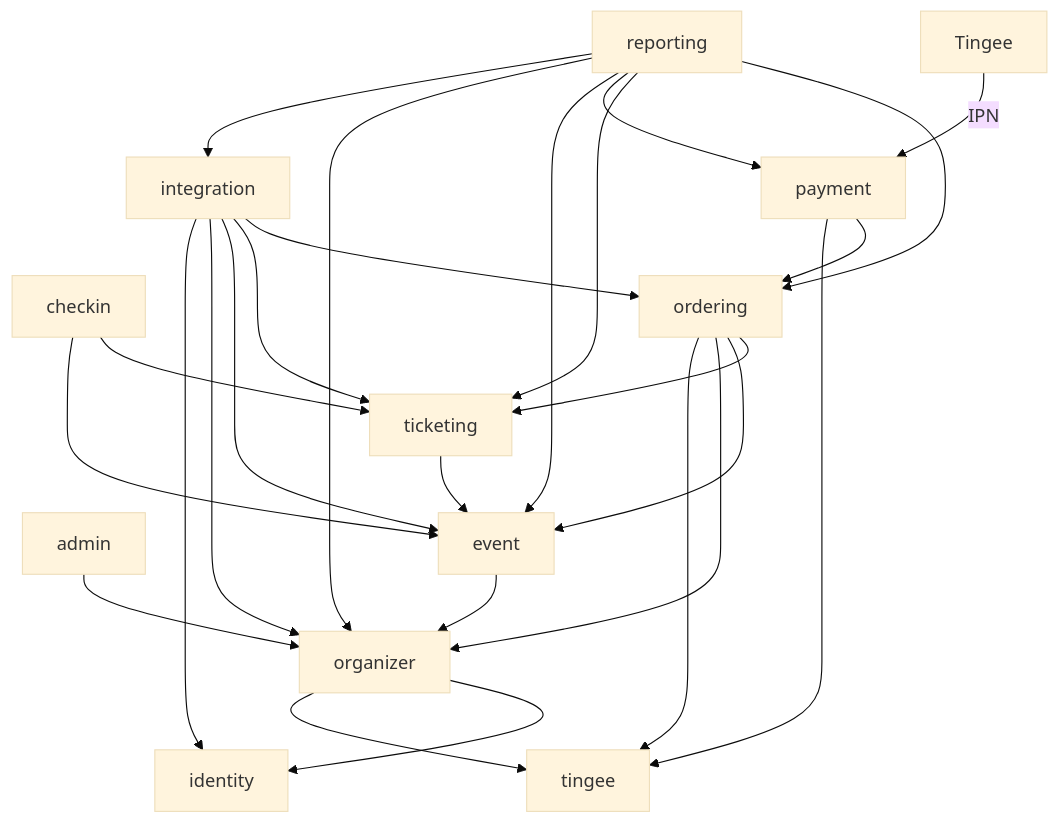
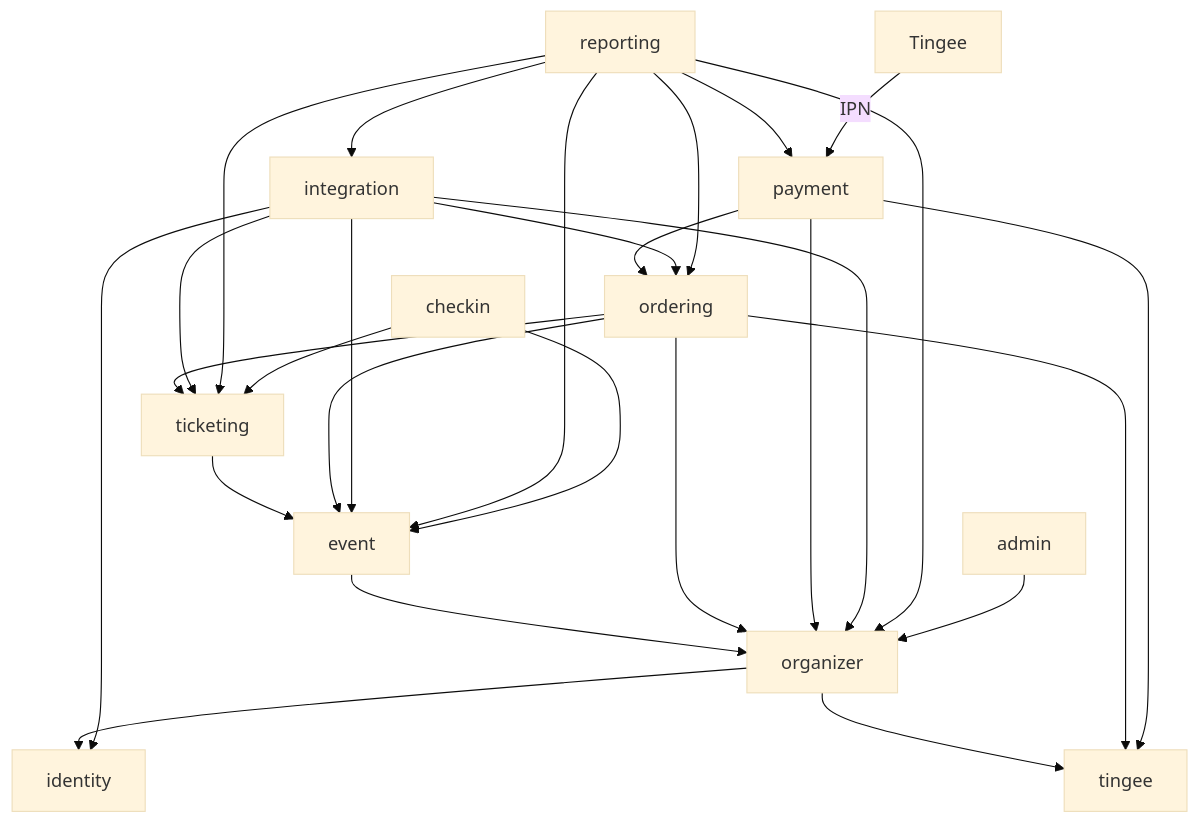
The first of 4 diagrams in _bmad-output/planning-artifacts/architecture/architecture-tickee-2026-10-28/ARCHITECTURE-SPINE.md (masonnguyen1243/tickee), drawn with Mermaid (base theme) before and after one commit. The commit also changed other lines of this file and 6 other files, not shown here.

````diff
--- a/_bmad-output/planning-artifacts/architecture/architecture-tickee-2026-10-28/ARCHITECTURE-SPINE.md
+++ b/_bmad-output/planning-artifacts/architecture/architecture-tickee-2026-10-28/ARCHITECTURE-SPINE.md
@@ -47,28 +55,29 @@
 ```mermaid
 flowchart TD
   tingeeExt["Tingee"] -->|"IPN"| payment
   admin --> organizer
   checkin --> ticketing
   checkin --> event
   reporting --> ordering
   reporting --> ticketing
   reporting --> payment
   reporting --> event
   reporting --> organizer
   reporting --> integration
   integration --> ordering
   integration --> ticketing
   integration --> event
   integration --> organizer
   integration --> identity
   payment --> ordering
+  payment --> organizer
   payment --> tingee
   ordering --> ticketing
   ordering --> event
   ordering --> organizer
   ordering --> tingee
   ticketing --> event
   event --> organizer
   organizer --> identity
   organizer --> tingee
 ```
````
